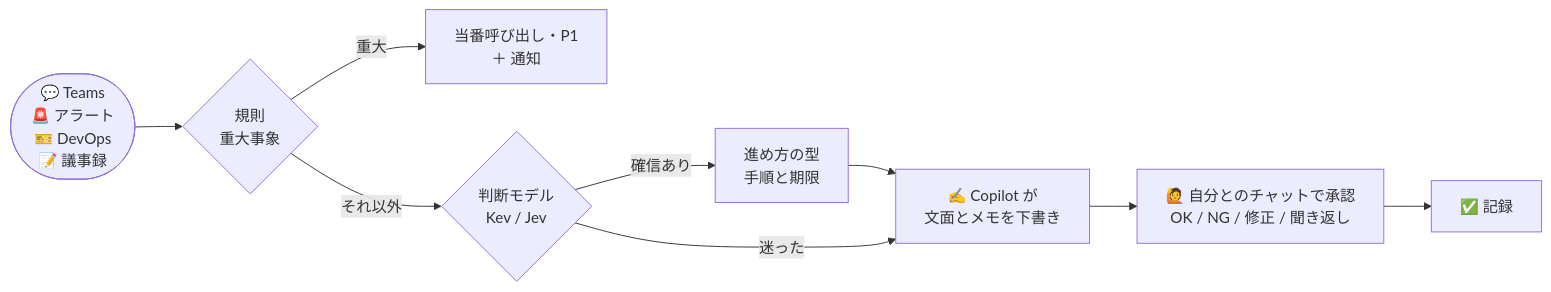
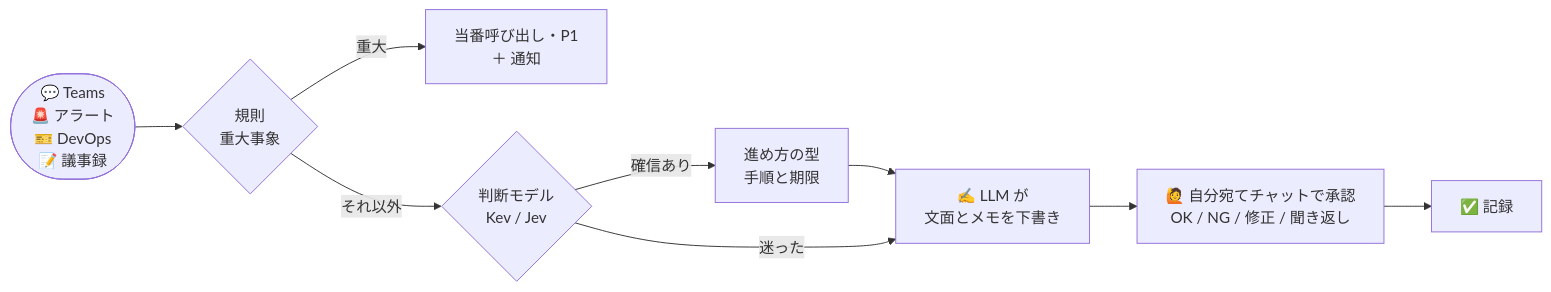
Before and after one commit to awano27/pm-decision: the diagram in README.md, drawn with Mermaid. The commit also changed other lines of this file and 31 other files, not shown here.

````diff
--- a/README.md
+++ b/README.md
@@ -86,11 +46,11 @@
 ```mermaid
 flowchart LR
     E([💬 Teams<br/>🚨 アラート<br/>🎫 DevOps<br/>📝 議事録]) --> M{規則<br/>重大事象}
     M -- 重大 --> P1[当番呼び出し・P1<br/>＋ 通知]
     M -- それ以外 --> J{判断モデル<br/>Kev / Jev}
     J -- 確信あり --> PL[進め方の型<br/>手順と期限]
-    PL --> W[✍ Copilot が<br/>文面とメモを下書き]
+    PL --> W[✍ LLM が<br/>文面とメモを下書き]
     J -- 迷った --> W
-    W --> A[🙋 自分とのチャットで承認<br/>OK / NG / 修正 / 聞き返し]
+    W --> A[🙋 自分宛てチャットで承認<br/>OK / NG / 修正 / 聞き返し]
     A --> D[✅ 記録]
 ```
````
